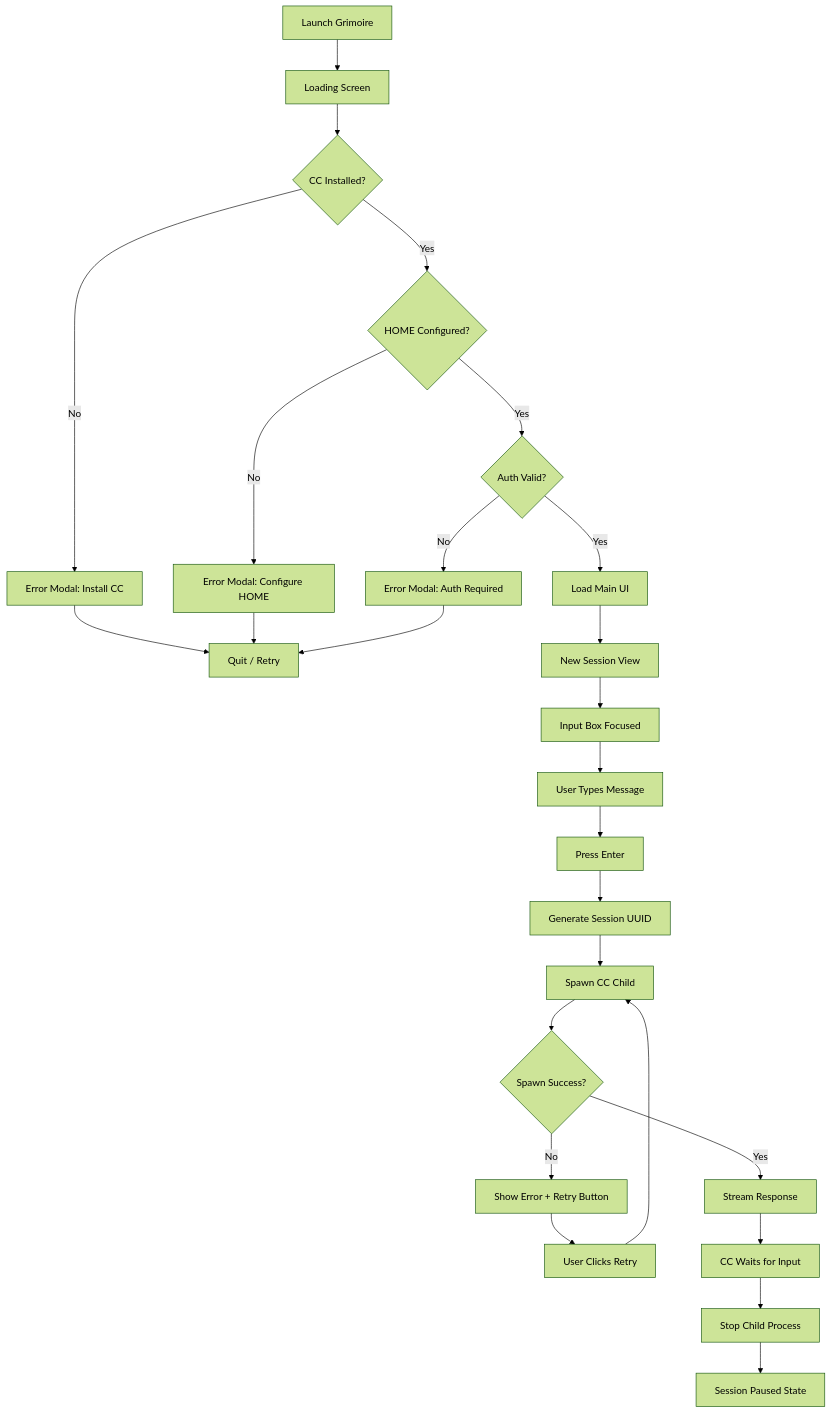
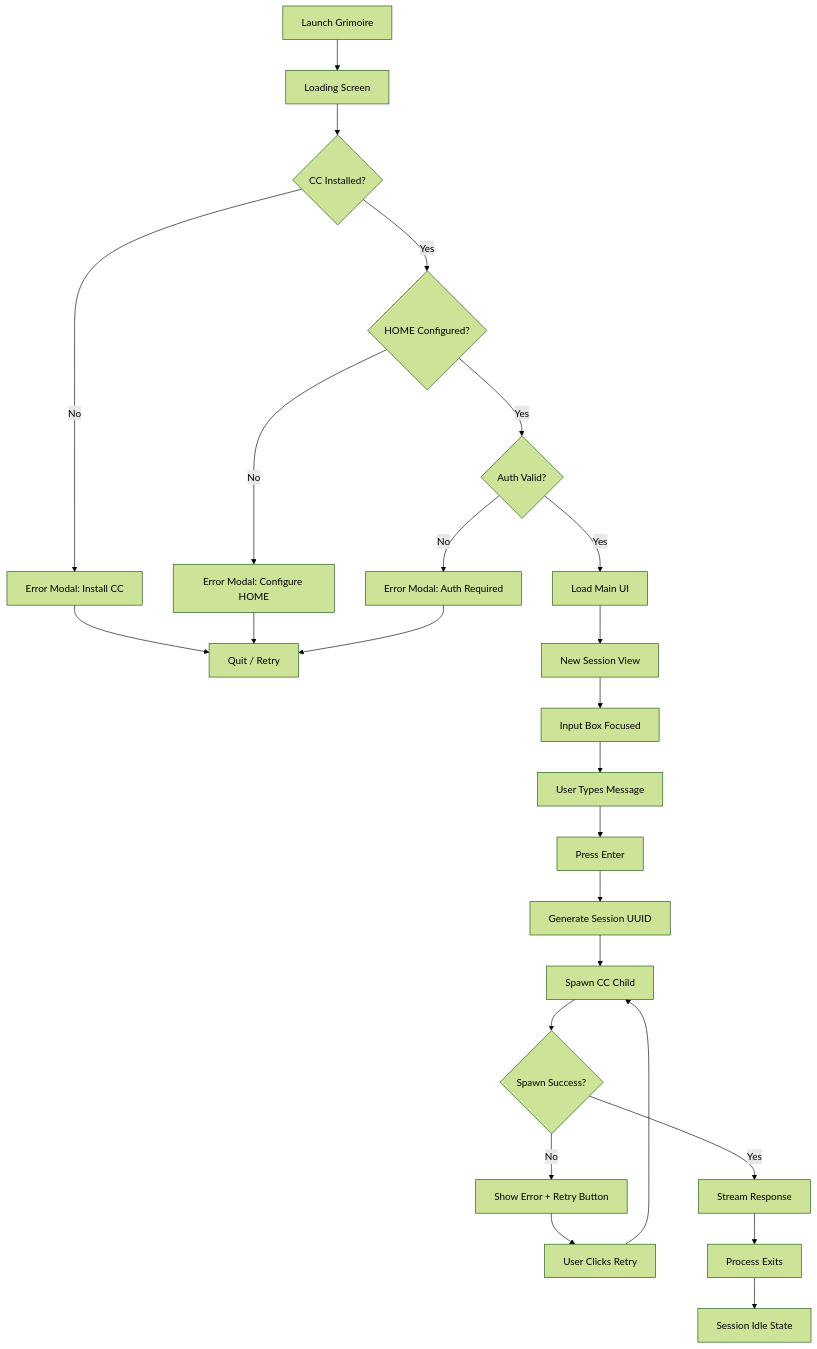
One commit to michaellinhardt/grimoire changed the first of 5 diagrams in _bmad-output/planning-artifacts/ux-design-specification.md. Above: the diagram before and after it, drawn with Mermaid (forest theme). The commit also changed other lines of this file and 5 other files, not shown here.

````diff
--- a/_bmad-output/planning-artifacts/ux-design-specification.md
+++ b/_bmad-output/planning-artifacts/ux-design-specification.md
@@ -587,28 +587,27 @@
 ```mermaid
 flowchart TD
     A[Launch Grimoire] --> B[Loading Screen]
     B --> C{CC Installed?}
     C -->|No| D[Error Modal: Install CC]
     D --> E[Quit / Retry]
     C -->|Yes| F{HOME Configured?}
     F -->|No| G[Error Modal: Configure HOME]
     G --> E
     F -->|Yes| H{Auth Valid?}
     H -->|No| I[Error Modal: Auth Required]
     I --> E
     H -->|Yes| J[Load Main UI]
     J --> K[New Session View]
     K --> L[Input Box Focused]
     L --> M[User Types Message]
     M --> N[Press Enter]
     N --> O[Generate Session UUID]
     O --> P[Spawn CC Child]
     P --> Q{Spawn Success?}
     Q -->|No| R[Show Error + Retry Button]
     R --> S[User Clicks Retry]
     S --> P
     Q -->|Yes| T[Stream Response]
-    T --> U[CC Waits for Input]
-    U --> V[Stop Child Process]
-    V --> W[Session Paused State]
+    T --> U[Process Exits]
+    U --> V[Session Idle State]
 ```
````
